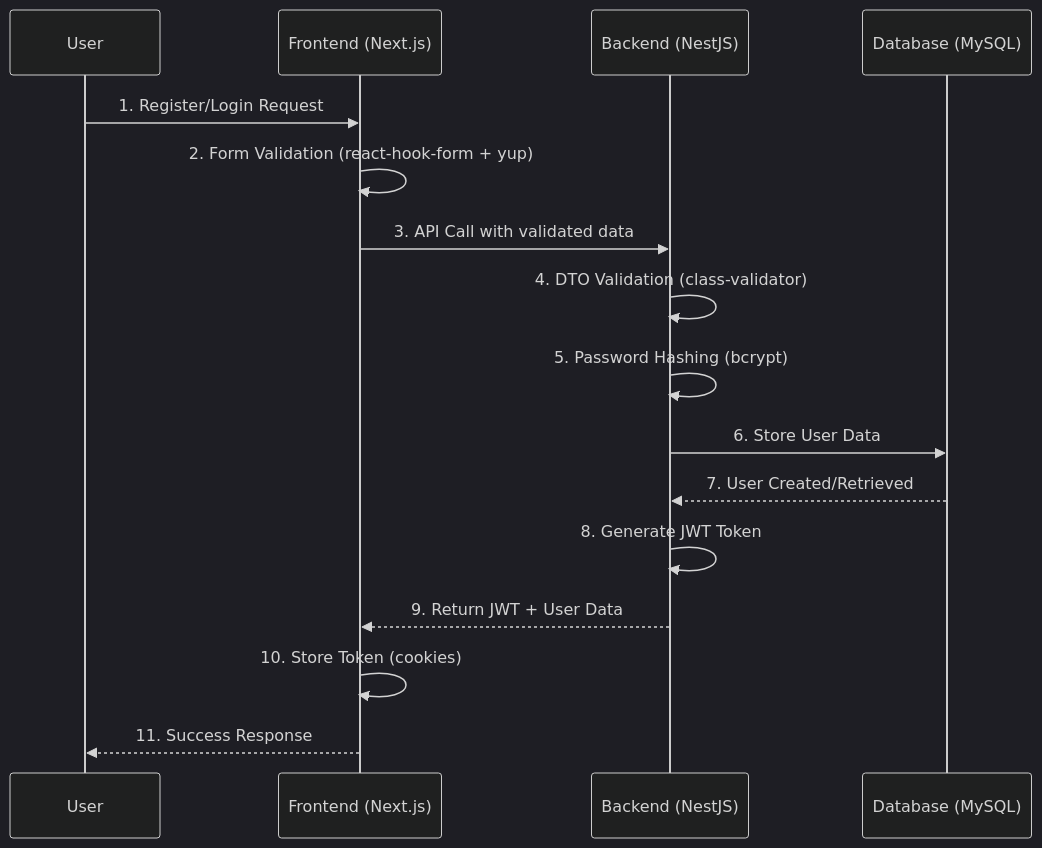
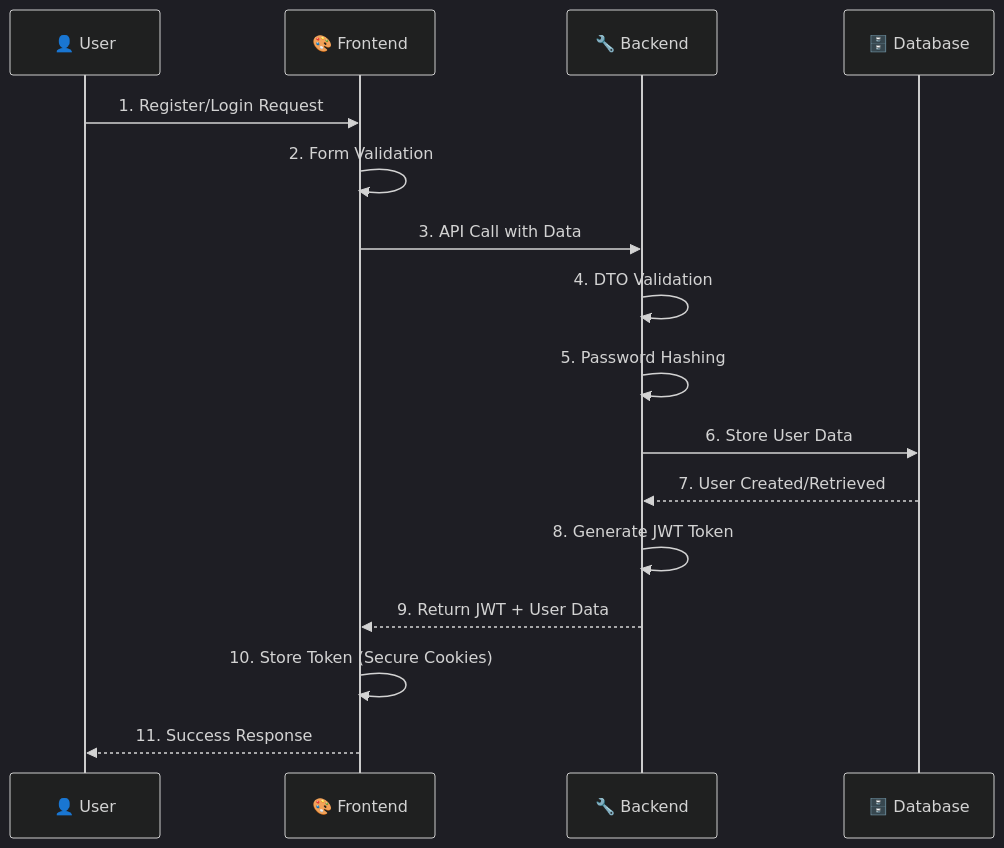
The second of 2 diagrams in README.md (dotuananhtb/Blog_Project), drawn with Mermaid (dark theme) before and after one commit. The commit also changed other lines of this file and 1 other file, not shown here.

````diff
--- a/README.md
+++ b/README.md
@@ -162,19 +261,19 @@
 ```mermaid
 sequenceDiagram
-    participant U as User
-    participant F as Frontend (Next.js)
-    participant B as Backend (NestJS)
-    participant D as Database (MySQL)
-
+    participant U as 👤 User
+    participant F as 🎨 Frontend
+    participant B as 🔧 Backend
+    participant D as 🗄️ Database
+    
     U->>F: 1. Register/Login Request
-    F->>F: 2. Form Validation (react-hook-form + yup)
-    F->>B: 3. API Call with validated data
-    B->>B: 4. DTO Validation (class-validator)
-    B->>B: 5. Password Hashing (bcrypt)
+    F->>F: 2. Form Validation
+    F->>B: 3. API Call with Data
+    B->>B: 4. DTO Validation
+    B->>B: 5. Password Hashing
     B->>D: 6. Store User Data
     D-->>B: 7. User Created/Retrieved
     B->>B: 8. Generate JWT Token
     B-->>F: 9. Return JWT + User Data
-    F->>F: 10. Store Token (cookies)
+    F->>F: 10. Store Token (Secure Cookies)
     F-->>U: 11. Success Response
 ```
````
